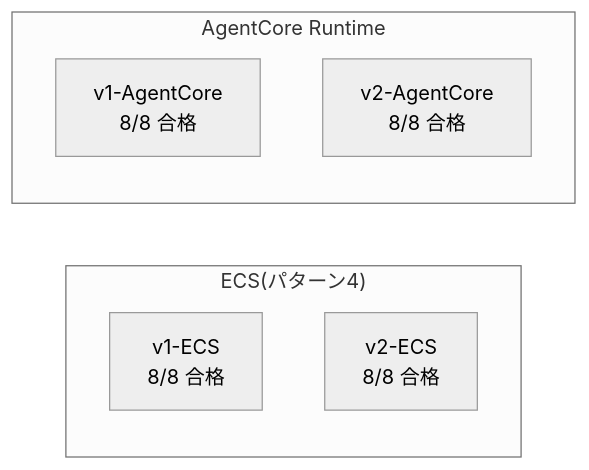
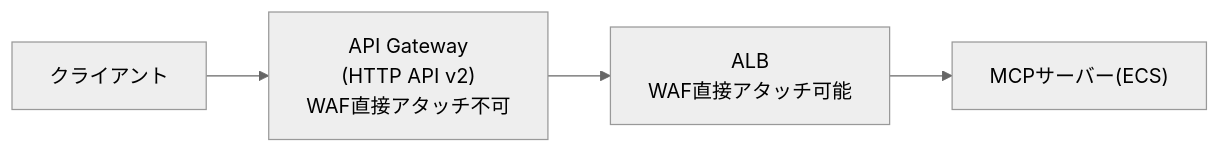
Before and after one commit to primenumber-dev/quick-agentcore-poc: the second of 3 diagrams in docs/18-weekly-verification-report-week4.md, drawn with Mermaid (neutral theme). The commit also changed other lines of this file and 1 other file, not shown here.

````diff
--- a/docs/18-weekly-verification-report-week4.md
+++ b/docs/18-weekly-verification-report-week4.md
@@ -181,11 +71,6 @@
 ```mermaid
 flowchart LR
-    subgraph ECS["ECS(パターン4)"]
-        E1["v1-ECS<br/>8/8 合格"]
-        E2["v2-ECS<br/>8/8 合格"]
-    end
-    subgraph RT["AgentCore Runtime"]
-        R1["v1-AgentCore<br/>8/8 合格"]
-        R2["v2-AgentCore<br/>8/8 合格"]
-    end
+    Client["クライアント"] --> APIGW["API Gateway<br/>(HTTP API v2)<br/>WAF直接アタッチ不可"]
+    APIGW --> ALB["ALB<br/>WAF直接アタッチ可能"]
+    ALB --> ECS["MCPサーバー(ECS)"]
 ```
````
